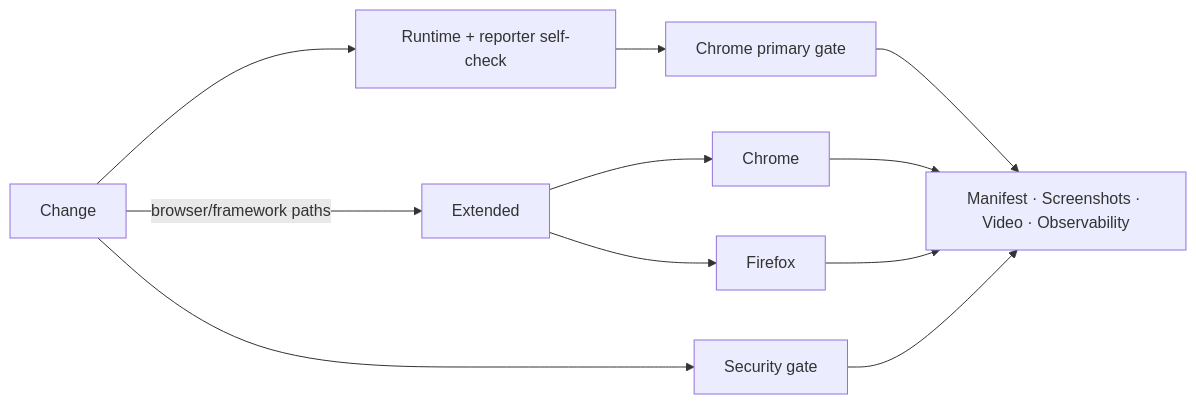
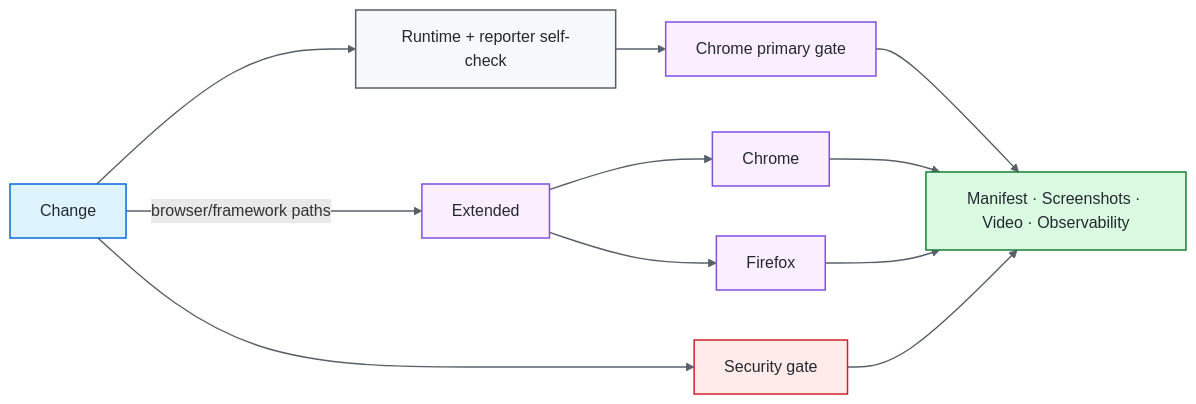
Before and after one commit to portyu9/qa-automation-ui-cypress: the first of 3 diagrams in README.md, drawn with Mermaid. The commit also changed other lines of this file, not shown here.

Commit message:
Polish badges and Mermaid diagrams (#12)

````diff
--- a/README.md
+++ b/README.md
@@ -33,13 +32,25 @@
 ```mermaid
 flowchart LR
     CHANGE[Change] --> CFG[Runtime + reporter self-check]
     CFG --> CH[Chrome primary gate]
     CHANGE --> SEC[Security gate]
     CHANGE -->|browser/framework paths| EXT[Extended]
     EXT --> C[Chrome]
     EXT --> F[Firefox]
     CH --> EV[Manifest · Screenshots · Video · Observability]
     C --> EV
     F --> EV
     SEC --> EV
+
+    classDef entry fill:#ddf4ff,stroke:#0969da,color:#24292f,stroke-width:1.5px;
+    classDef core fill:#f6f8fa,stroke:#57606a,color:#24292f,stroke-width:1.5px;
+    classDef gate fill:#fbefff,stroke:#8250df,color:#24292f,stroke-width:1.5px;
+    classDef evidence fill:#dafbe1,stroke:#1a7f37,color:#24292f,stroke-width:1.5px;
+    classDef security fill:#ffebe9,stroke:#cf222e,color:#24292f,stroke-width:1.5px;
+    class CHANGE entry;
+    class CFG core;
+    class CH,EXT,C,F gate;
+    class SEC security;
+    class EV evidence;
+    linkStyle default stroke:#57606a,stroke-width:1.4px;
 ```
````
